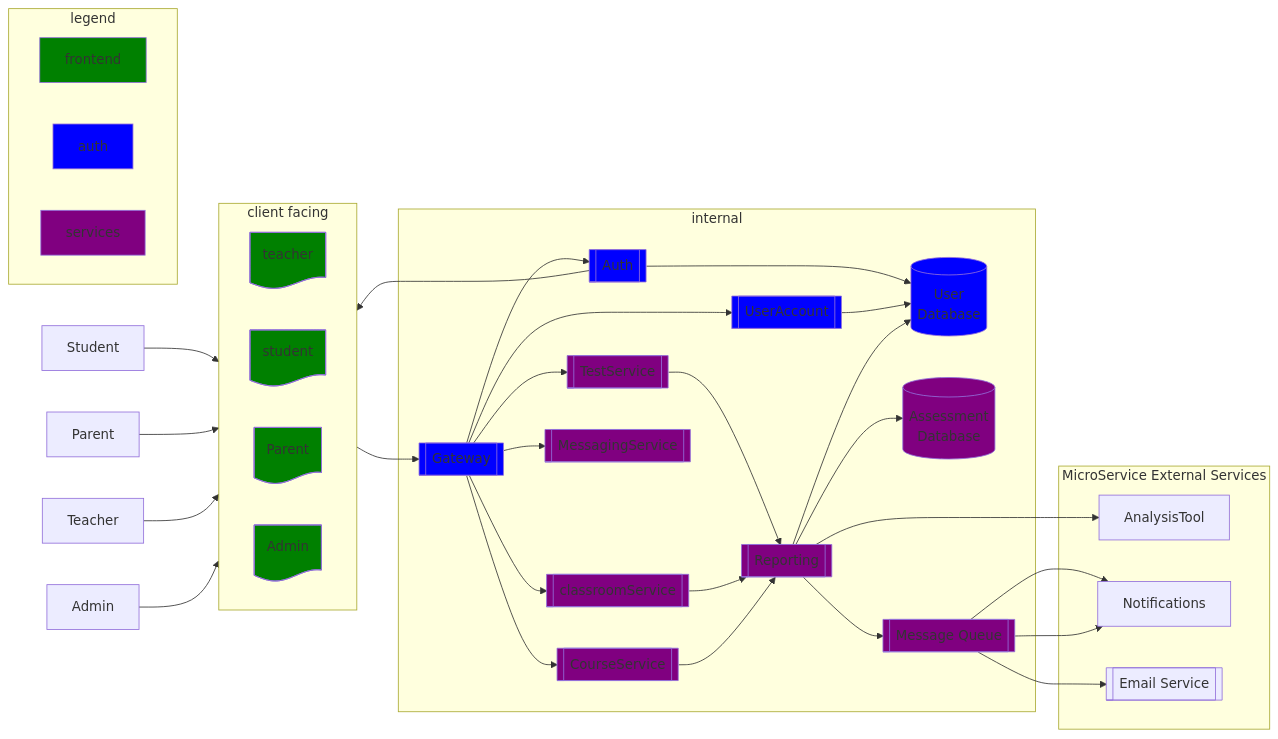
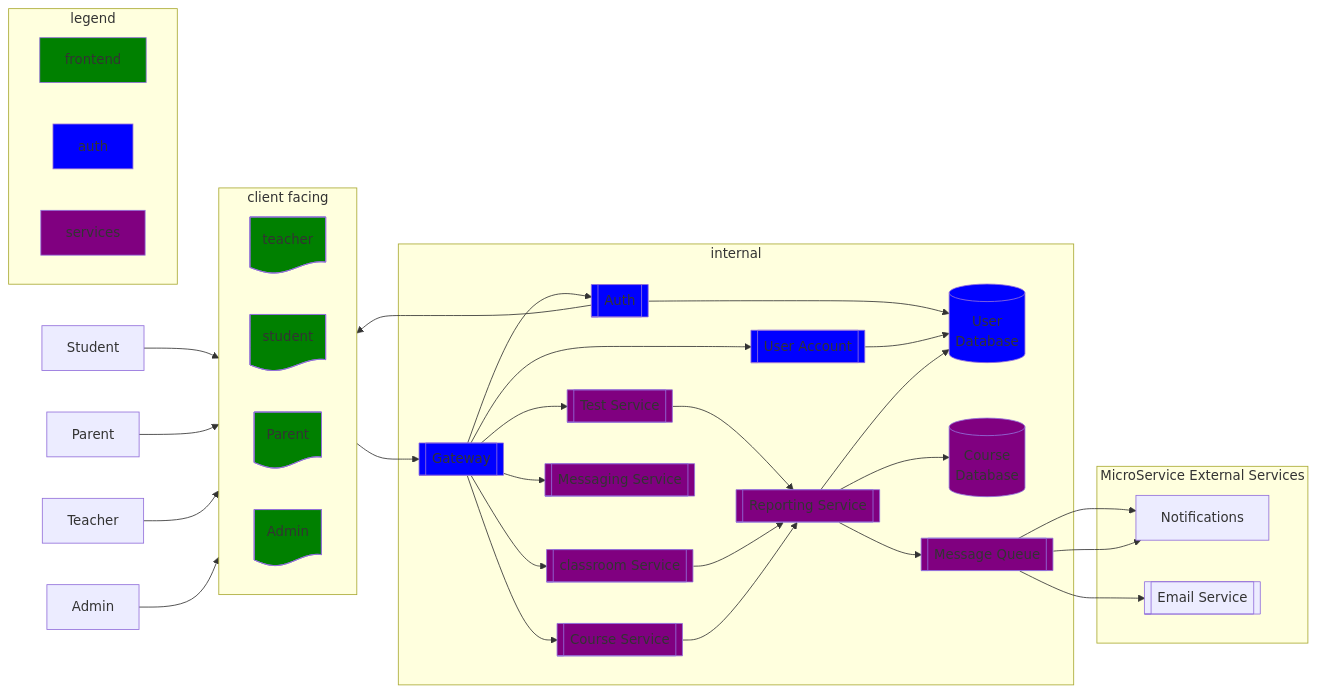
The diagram in Phase2.md (zachariaswik/FE405_Project), drawn with Mermaid before and after one commit.

Commit message:
Refactor service names in Phase2.md
Updated service names for consistency and clarity.

````diff
--- a/Phase2.md
+++ b/Phase2.md
@@ -47,57 +47,55 @@
 ```mermaid
 flowchart LR
     classDef frontend fill:green
     classDef auth fill:blue
     classDef services fill:purple
     Student[Student] --> F
     Parent[Parent] --> F
     Teacher[Teacher] --> F
     Admin[Admin] --> F
     
     
   subgraph F[client facing]
     direction RL
     TF:::frontend@{ shape: doc, label: "teacher"}
     SF:::frontend@{ shape: doc, label: "student"}
     PF:::frontend@{ shape: doc, label: "Parent"}
     AF:::frontend@{ shape: doc, label: "Admin"}
   end
 
   F -->  GW --> A --> F
   subgraph B[internal]
       P_DB[(User
       Database)]:::auth
 
       A[[Auth]]:::auth --> P_DB
       GW[[Gateway]]:::auth    
-      Ass[[TestService]]:::services --> R
+      Ass[[Test Service]]:::services --> R
       GW --> CR & Comm & P & Course & Ass
-      CR[[classroomService]]:::services --> R
-      Course[[CourseService]]:::services --> R --> DB
-      Comm[[MessagingService]]:::services
-      P[[UserAccount]]:::auth --> P_DB
-      R[[Reporting]]:::services 
-      DB[(Assessment 
+      CR[[classroom Service]]:::services --> R
+      Course[[Course Service]]:::services --> R --> DB
+      Comm[[Messaging Service]]:::services
+      P[[User Account]]:::auth --> P_DB
+      R[[Reporting Service]]:::services 
+      DB[(Course 
       Database)]:::services
 
       R --> MQ[[ Message Queue]]:::services & P_DB
   end
-    R --> AnalysisTool
     MQ --> Notifications
 
     subgraph MicroService External Services
-        AnalysisTool
         MQ:::services
         MQ --> ES[[Email Service]]
         MQ --> Notifications
         
     end
 
     %% Legend
     subgraph legend
         direction LR
         X[frontend]:::frontend
         Y[auth]:::auth
         Z[services]:::services
     end
 ```
````
